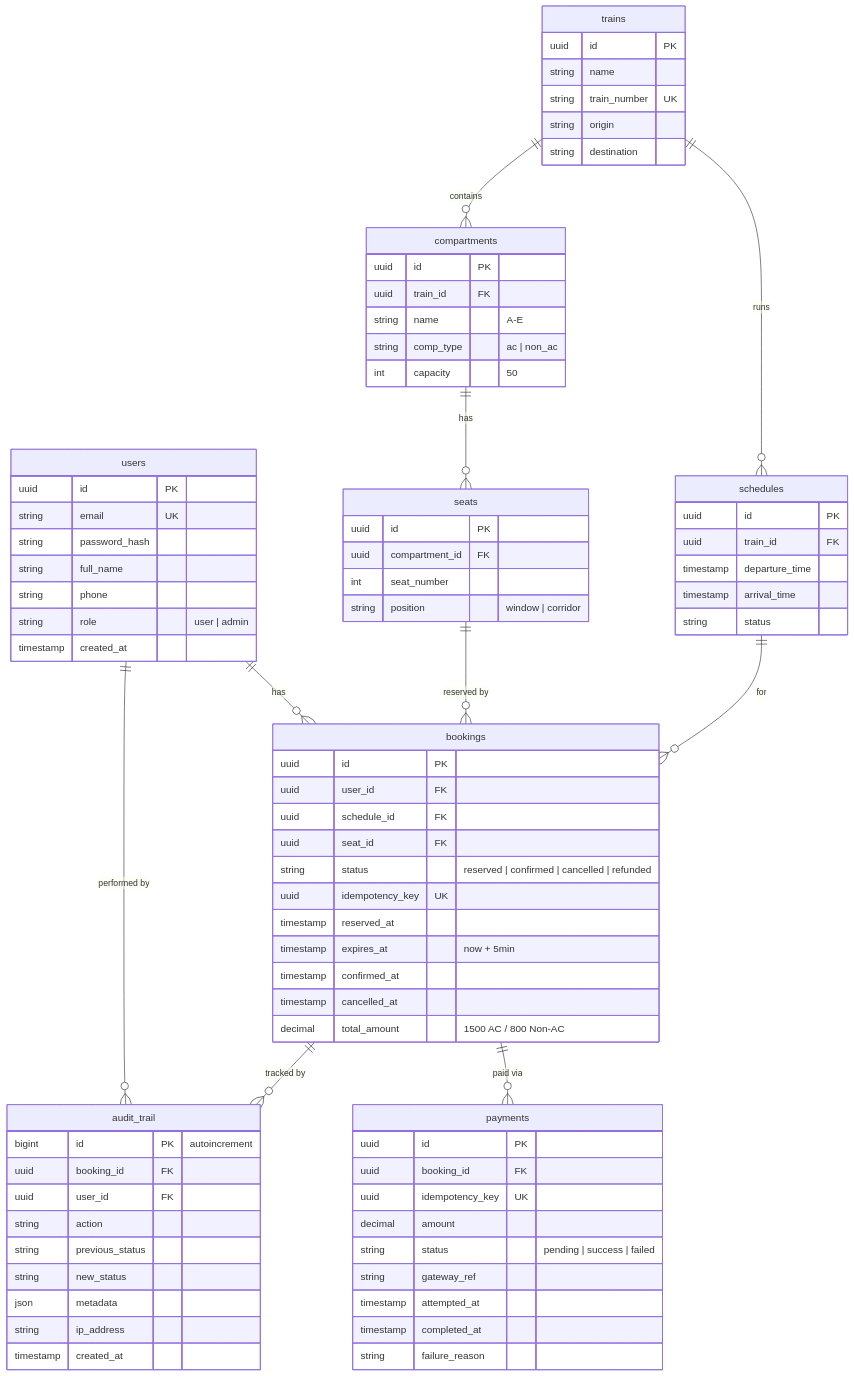
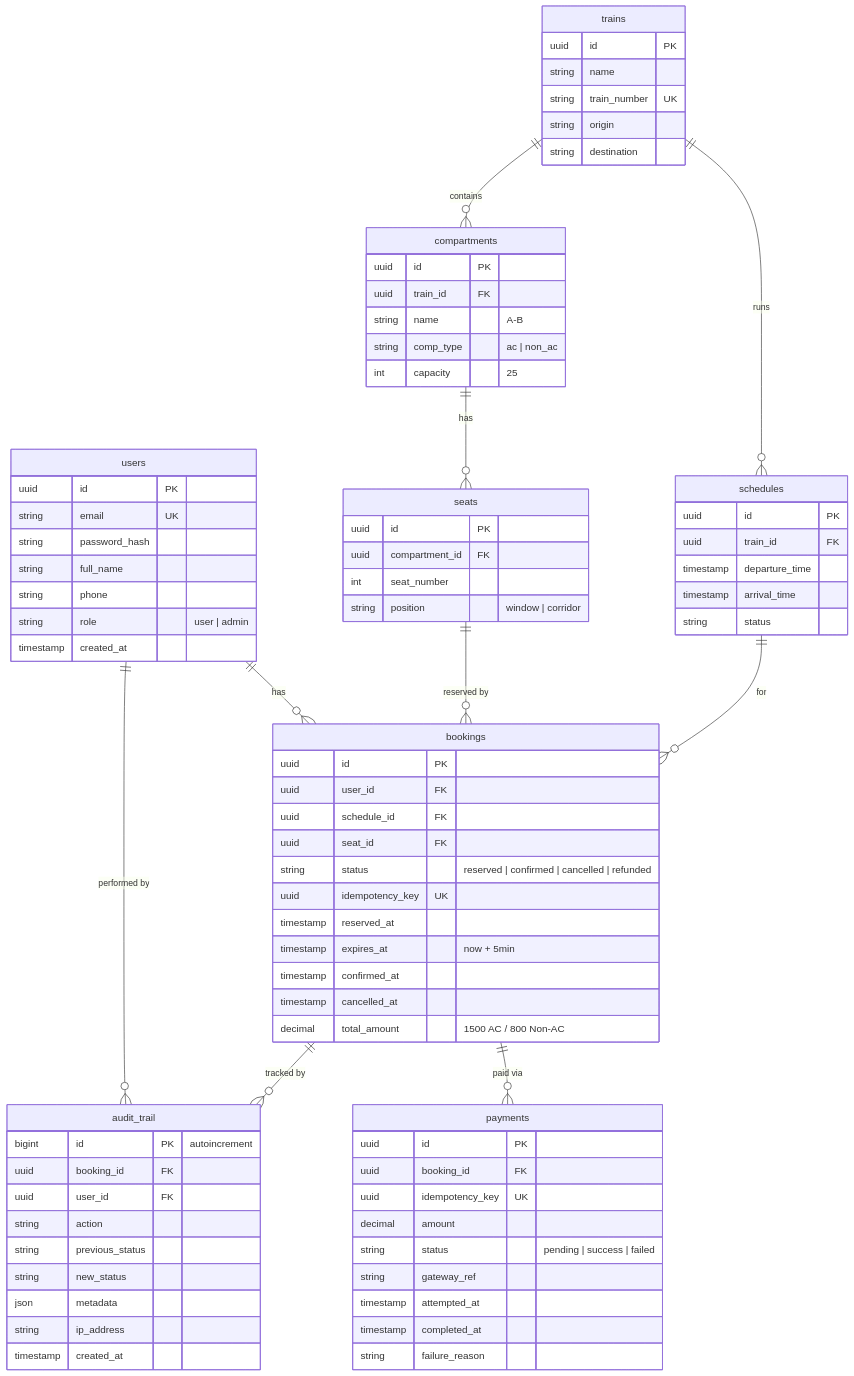
One commit to Ahnaf19/railbook changed the third of 8 diagrams in docs/DIAGRAMS.md. Above: the diagram before and after it, drawn with Mermaid. The commit also changed 30 other files, not shown here.

```diff
--- a/docs/DIAGRAMS.md
+++ b/docs/DIAGRAMS.md
@@ -139,9 +139,9 @@
     compartments {
         uuid id PK
         uuid train_id FK
-        string name "A-E"
+        string name "A-B"
         string comp_type "ac | non_ac"
-        int capacity "50"
+        int capacity "25"
     }
 
     seats {
```
